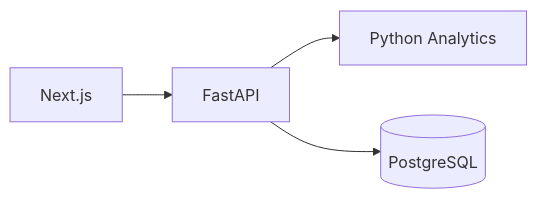
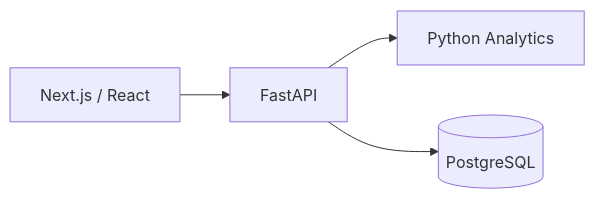
Diagram 16 of 17 in README.md (the-nidhi-bhat/mplads-sentinel), drawn with Mermaid before and after one commit. The commit also changed other lines of this file, not shown here.

````diff
--- a/README.md
+++ b/README.md
@@ -716,6 +712,6 @@
 ```mermaid
 flowchart LR
-    A["Next.js"] --> B["FastAPI"]
+    A["Next.js / React"] --> B["FastAPI"]
     B --> C["Python Analytics"]
     B --> D[("PostgreSQL")]
 ```
````
